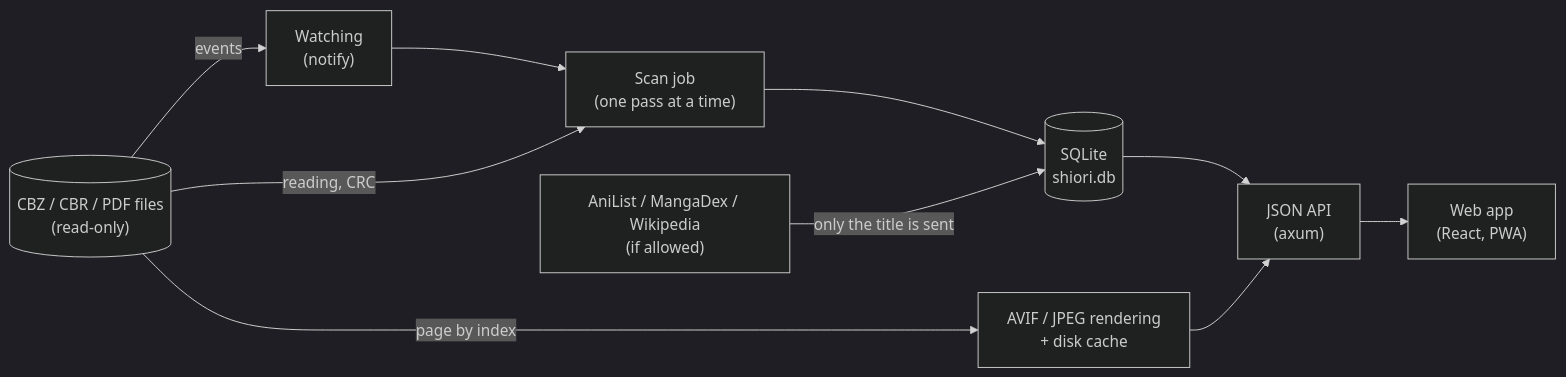
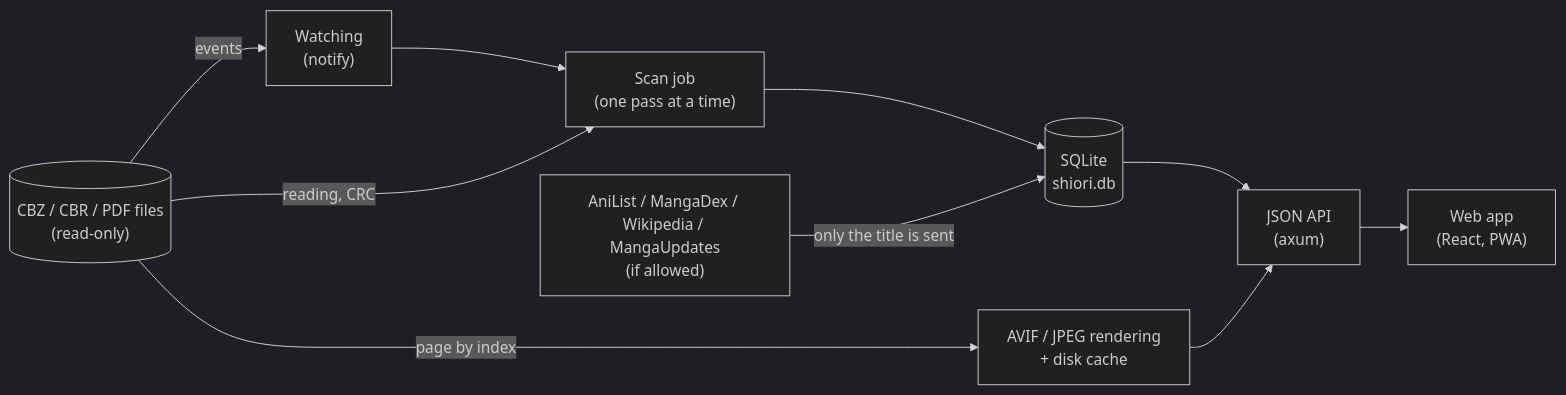
The diagram in docs/en/technical/index.md (befa160/shiori), drawn with Mermaid (dark theme) before and after one commit. The commit also changed other lines of this file and 35 other files, not shown here.

````diff
--- a/docs/en/technical/index.md
+++ b/docs/en/technical/index.md
@@ -16,16 +16,16 @@
 ```mermaid
 flowchart LR
   F[("CBZ / CBR / PDF files<br/>(read-only)")]
   W["Watching<br/>(notify)"]
   J["Scan job<br/>(one pass at a time)"]
   DB[("SQLite<br/>shiori.db")]
   API["JSON API<br/>(axum)"]
   R["AVIF / JPEG rendering<br/>+ disk cache"]
-  M["AniList / MangaDex / Wikipedia<br/>(if allowed)"]
+  M["AniList / MangaDex / Wikipedia / MangaUpdates<br/>(if allowed)"]
   UI["Web app<br/>(React, PWA)"]
   F -- events --> W --> J
   F -- reading, CRC --> J --> DB
   DB --> API --> UI
   F -- page by index --> R --> API
   M -- only the title is sent --> DB
 ```
````
